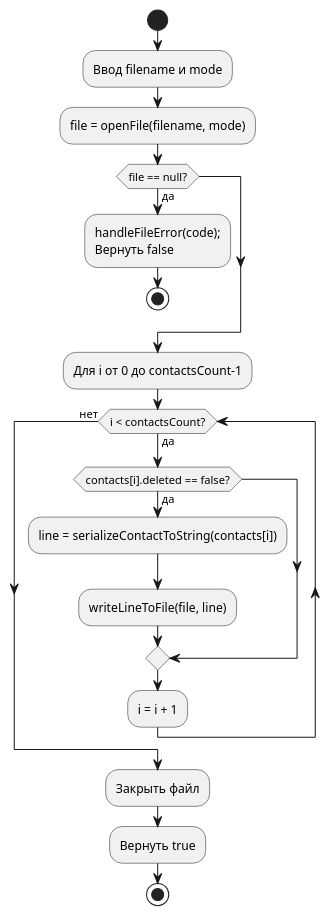
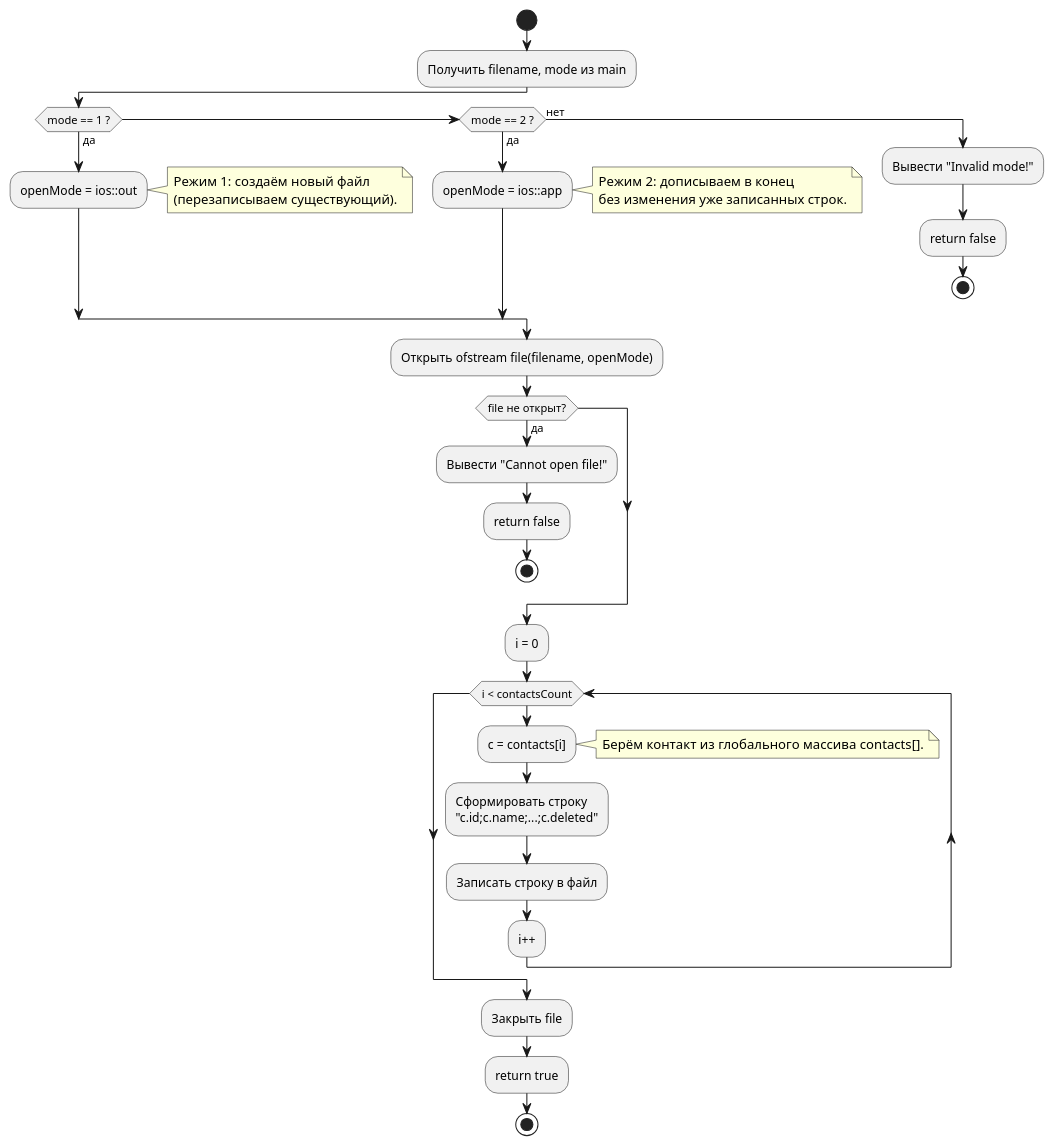
One commit to highluv/CS_sm_2 changed the diagram in purpose/flowcharts/saveToFile.puml. Above: the diagram before and after it, drawn with PlantUML. The commit also changed 12 other files, not shown here.

```diff
--- a/purpose/flowcharts/saveToFile.puml
+++ b/purpose/flowcharts/saveToFile.puml
@@ -1,25 +1,50 @@
 @startuml
 start
 
-:Ввод filename и mode;
+:Получить filename, mode из main;
 
-:file = openFile(filename, mode);
-if (file == null?) then (да)
-  :handleFileError(code);\nВернуть false;
+if (mode == 1 ?) then (да)
+  :openMode = ios::out;
+  note right
+  Режим 1: создаём новый файл
+  (перезаписываем существующий).
+  end note
+elseif (mode == 2 ?) then (да)
+  :openMode = ios::app;
+  note right
+  Режим 2: дописываем в конец
+  без изменения уже записанных строк.
+  end note
+else (нет)
+  :Вывести "Invalid mode!";
+  :return false;
   stop
 endif
 
-:Для i от 0 до contactsCount-1;
-while (i < contactsCount?) is (да)
-  if (contacts[i].deleted == false?) then (да)
-    :line = serializeContactToString(contacts[i]);
-    :writeLineToFile(file, line);
-  endif
-  :i = i + 1;
-endwhile (нет)
+:Открыть ofstream file(filename, openMode);
 
-:Закрыть файл;
-:Вернуть true;
+if (file не открыт?) then (да)
+  :Вывести "Cannot open file!";
+  :return false;
+  stop
+endif
 
+:i = 0;
+
+while (i < contactsCount)
+  :c = contacts[i];
+  note right
+  Берём контакт из глобального массива contacts[].
+  end note
+
+  :Сформировать строку
+  "c.id;c.name;...;c.deleted";
+  :Записать строку в файл;
+
+  :i++;
+endwhile
+
+:Закрыть file;
+:return true;
 stop
 @enduml
```
